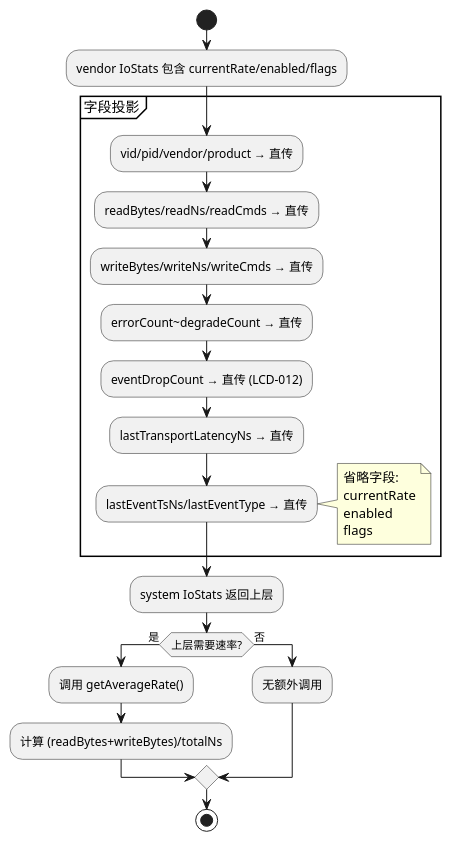
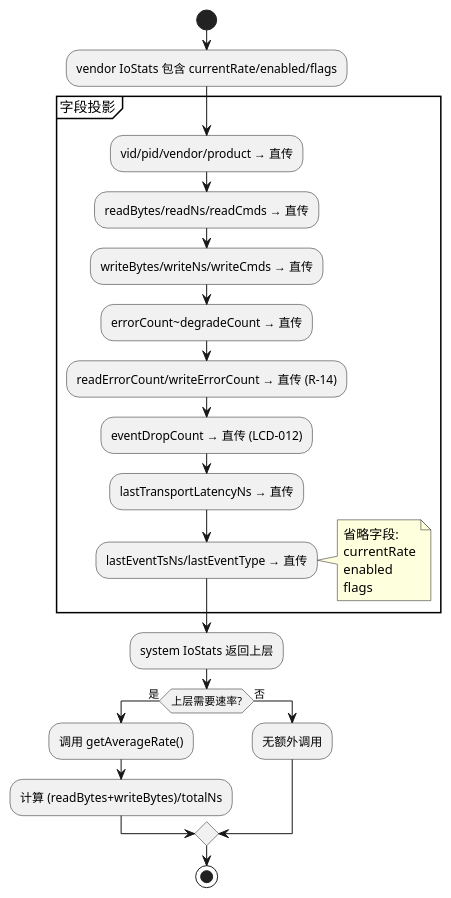
One commit to lechao365/AndroidSystemEnhance changed diagram 13 of 17 in docs/02-IO增强/02.03-Daemon增强-lciod-daemon.md. Above: the diagram before and after it, drawn with PlantUML. The commit also changed other lines of this file and 118 other files, not shown here.

````diff
--- a/docs/02-IO增强/02.03-Daemon增强-lciod-daemon.md
+++ b/docs/02-IO增强/02.03-Daemon增强-lciod-daemon.md
@@ -702,28 +714,29 @@
 ```plantuml
 @startuml
 start
 :vendor IoStats 包含 currentRate/enabled/flags;
 
 partition "字段投影" {
     :vid/pid/vendor/product → 直传;
     :readBytes/readNs/readCmds → 直传;
     :writeBytes/writeNs/writeCmds → 直传;
     :errorCount~degradeCount → 直传;
+    :readErrorCount/writeErrorCount → 直传 (R-14);
     :eventDropCount → 直传 (LCD-012);
     :lastTransportLatencyNs → 直传;
     :lastEventTsNs/lastEventType → 直传;
     
     note right: 省略字段:\ncurrentRate\nenabled\nflags
 }
 
 :system IoStats 返回上层;
 
 if (上层需要速率?) then (是)
     :调用 getAverageRate();
     :计算 (readBytes+writeBytes)/totalNs;
 else (否)
     :无额外调用;
 endif
 stop
 @enduml
 ```
````
